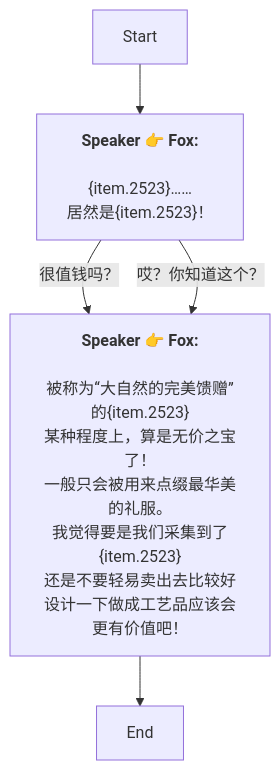
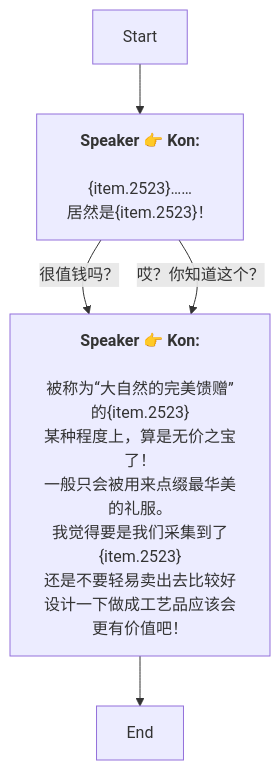
One commit to SoftHu/tos_avg changed the diagram in Zh/AddDialogNode_1739685449430269.md. Above: the diagram before and after it, drawn with Mermaid. The commit also changed 730 other files, not shown here.

````diff
--- a/Zh/AddDialogNode_1739685449430269.md
+++ b/Zh/AddDialogNode_1739685449430269.md
@@ -1,20 +1,20 @@
 ```mermaid
 graph
-Start -->1739686357522688[<b>Speaker 👉 Fox:</b>
+Start -->1739686357522688[<b>Speaker 👉 Kon:</b>
 \n&lbrace;item.2523&rbrace;……
 居然是&lbrace;item.2523&rbrace;！]
-1739686357522688 -->|很值钱吗？|1739687931096326[<b>Speaker 👉 Fox:</b>
+1739686357522688 -->|很值钱吗？|1739687931096326[<b>Speaker 👉 Kon:</b>
 \n被称为“大自然的完美馈赠”的&lbrace;item.2523&rbrace;
 某种程度上，算是无价之宝了！
 一般只会被用来点缀最华美的礼服。\n我觉得要是我们采集到了&lbrace;item.2523&rbrace;
 还是不要轻易卖出去比较好
 设计一下做成工艺品应该会更有价值吧！]
-1739686357522688 -->|哎？你知道这个？|1739687931096326[<b>Speaker 👉 Fox:</b>
+1739686357522688 -->|哎？你知道这个？|1739687931096326[<b>Speaker 👉 Kon:</b>
 \n被称为“大自然的完美馈赠”的&lbrace;item.2523&rbrace;
 某种程度上，算是无价之宝了！
 一般只会被用来点缀最华美的礼服。\n我觉得要是我们采集到了&lbrace;item.2523&rbrace;
 还是不要轻易卖出去比较好
 设计一下做成工艺品应该会更有价值吧！]
 1739687931096326 -->1739688331585799[End]
 
 ```
````
